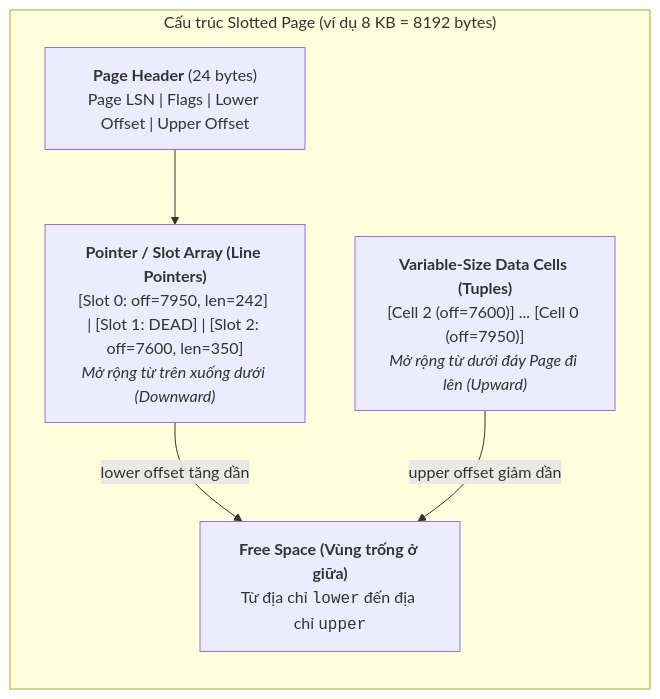
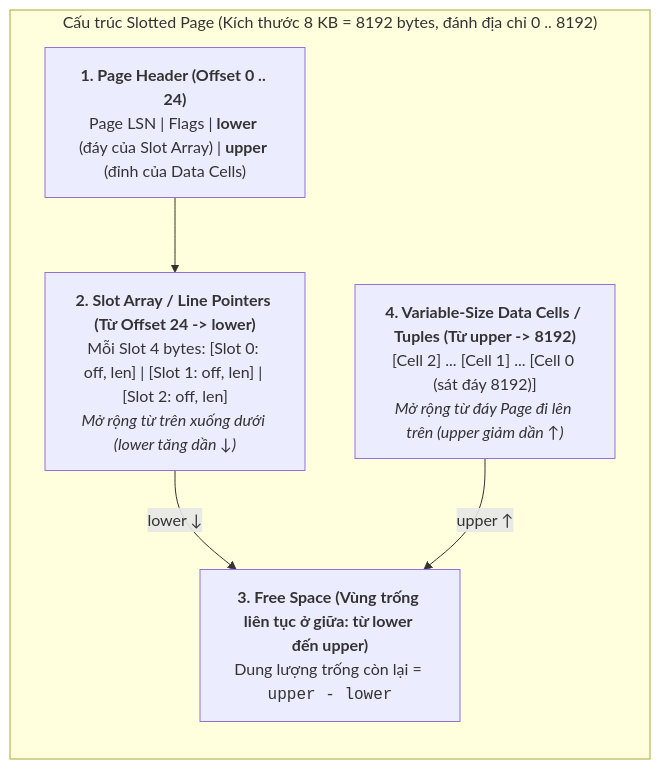
One commit to namaewanam/namaewanam.github.io changed the first of 2 diagrams in docs/Database-Internals-Notes/database-internals-chapter3.vi.md. Above: the diagram before and after it, drawn with Mermaid. The commit also changed other lines of this file and 29 other files, not shown here.

````diff
--- a/docs/Database-Internals-Notes/database-internals-chapter3.vi.md
+++ b/docs/Database-Internals-Notes/database-internals-chapter3.vi.md
@@ -79,14 +159,14 @@
 ```mermaid
 flowchart TD
-    subgraph SlottedPage["Cấu trúc Slotted Page (ví dụ 8 KB = 8192 bytes)"]
+    subgraph SlottedPage["Cấu trúc Slotted Page (Kích thước 8 KB = 8192 bytes, đánh địa chỉ 0 .. 8192)"]
         direction TB
-        Header["<b>Page Header</b> (24 bytes)<br/>Page LSN | Flags | Lower Offset | Upper Offset"]
-        Slots["<b>Pointer / Slot Array (Line Pointers)</b><br/>[Slot 0: off=7950, len=242] | [Slot 1: DEAD] | [Slot 2: off=7600, len=350]<br/><i>Mở rộng từ trên xuống dưới (Downward)</i>"]
-        FreeSpace["<b>Free Space (Vùng trống ở giữa)</b><br/>Từ địa chỉ <code>lower</code> đến địa chỉ <code>upper</code>"]
-        Cells["<b>Variable-Size Data Cells (Tuples)</b><br/>[Cell 2 (off=7600)] ... [Cell 0 (off=7950)]<br/><i>Mở rộng từ dưới đáy Page đi lên (Upward)</i>"]
+        Header["<b>1. Page Header (Offset 0 .. 24)</b><br/>Page LSN | Flags | <b>lower</b> (đáy của Slot Array) | <b>upper</b> (đỉnh của Data Cells)"]
+        Slots["<b>2. Slot Array / Line Pointers (Từ Offset 24 -> lower)</b><br/>Mỗi Slot 4 bytes: [Slot 0: off, len] | [Slot 1: off, len] | [Slot 2: off, len]<br/><i>Mở rộng từ trên xuống dưới (lower tăng dần ↓)</i>"]
+        FreeSpace["<b>3. Free Space (Vùng trống liên tục ở giữa: từ lower đến upper)</b><br/>Dung lượng trống còn lại = <code>upper - lower</code>"]
+        Cells["<b>4. Variable-Size Data Cells / Tuples (Từ upper -> 8192)</b><br/>[Cell 2] ... [Cell 1] ... [Cell 0 (sát đáy 8192)]<br/><i>Mở rộng từ đáy Page đi lên trên (upper giảm dần ↑)</i>"]
         
         Header --> Slots
-        Slots -->|lower offset tăng dần| FreeSpace
-        Cells -->|upper offset giảm dần| FreeSpace
+        Slots -->|"lower ↓"| FreeSpace
+        Cells -->|"upper ↑"| FreeSpace
     end
 ```
````
